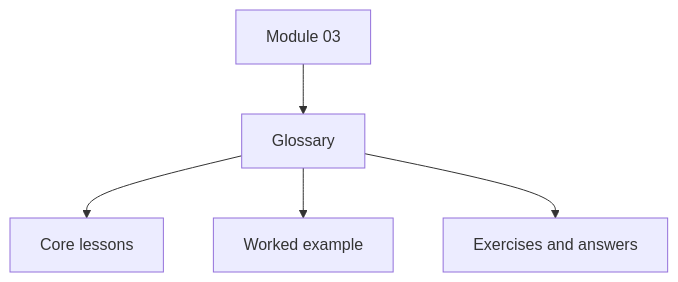
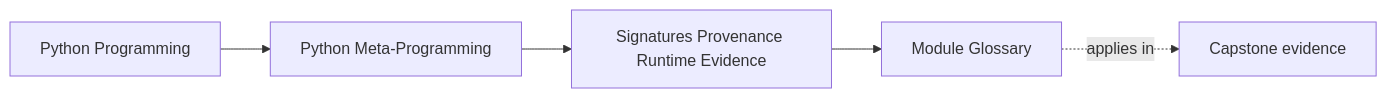
One commit to bijux/bijux-masterclass changed the first of 2 diagrams in programs/python-programming/python-meta-programming/course-book/module-03-signatures-provenance-runtime-evidence/glossary.md. Above: the diagram before and after it, drawn with Mermaid. The commit also changed other lines of this file and 55 other files, not shown here.

Commit message:
docs(python-meta-programming): map runtime foundations and inspection routes

````diff
--- a/programs/python-programming/python-meta-programming/course-book/module-03-signatures-provenance-runtime-evidence/glossary.md
+++ b/programs/python-programming/python-meta-programming/course-book/module-03-signatures-provenance-runtime-evidence/glossary.md
@@ -6,7 +6,11 @@
 ```mermaid
-flowchart TD
-  directory["Module 03"] --> glossary["Glossary"]
-  glossary --> lessons["Core lessons"]
-  glossary --> example["Worked example"]
-  glossary --> practice["Exercises and answers"]
+graph LR
+  family["Python Programming"]
+  program["Python Meta-Programming"]
+  section["Signatures Provenance Runtime Evidence"]
+  page["Module Glossary"]
+  capstone["Capstone evidence"]
+
+  family --> program --> section --> page
+  page -.applies in.-> capstone
 ```
````
